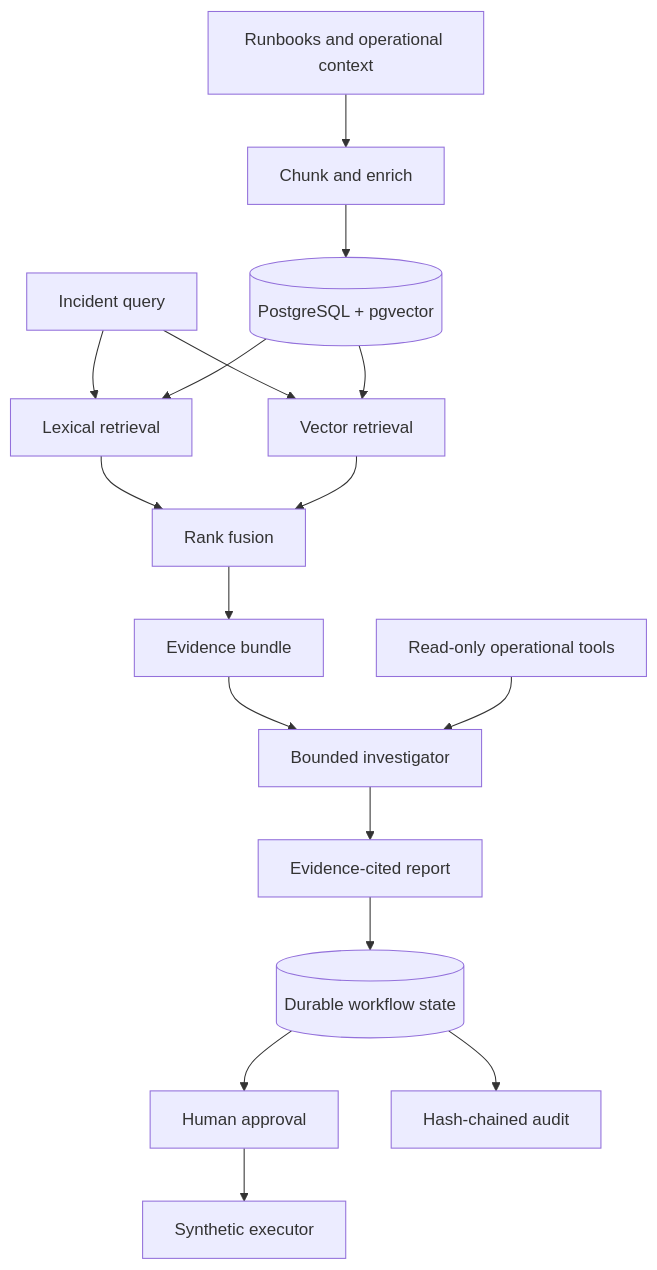
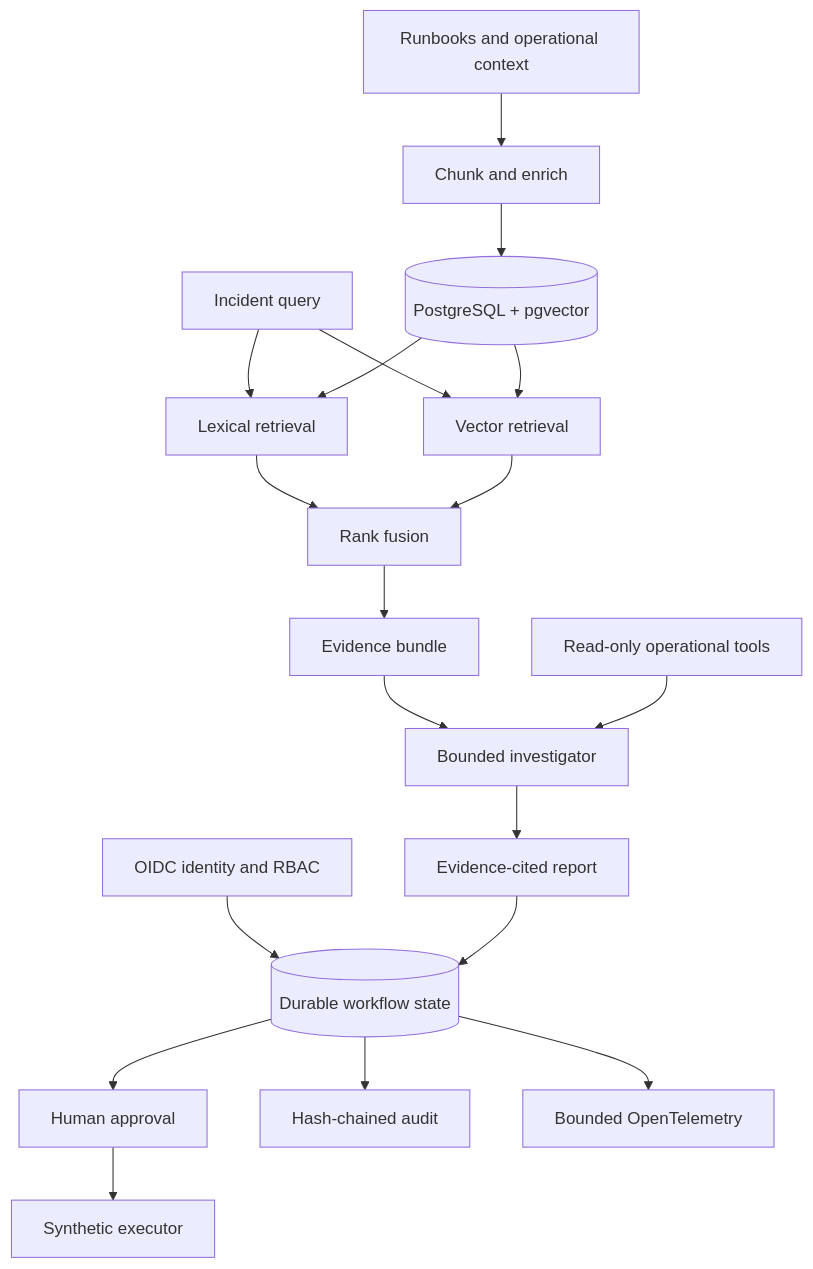
The diagram in README.md (KishorePav/opspilot), drawn with Mermaid before and after one commit. The commit also changed other lines of this file and 41 other files, not shown here.

````diff
--- a/README.md
+++ b/README.md
@@ -68,19 +80,21 @@
 ```mermaid
 flowchart TD
     A[Runbooks and operational context] --> B[Chunk and enrich]
     B --> C[(PostgreSQL + pgvector)]
     D[Incident query] --> E[Lexical retrieval]
     D --> F[Vector retrieval]
     C --> E
     C --> F
     E --> G[Rank fusion]
     F --> G
     G --> H[Evidence bundle]
     H --> I[Bounded investigator]
     K[Read-only operational tools] --> I
     I --> L[Evidence-cited report]
+    P[OIDC identity and RBAC] --> M
     L --> M[(Durable workflow state)]
     M --> J[Human approval]
     J --> N[Synthetic executor]
     M --> O[Hash-chained audit]
+    M --> Q[Bounded OpenTelemetry]
 ```
````
